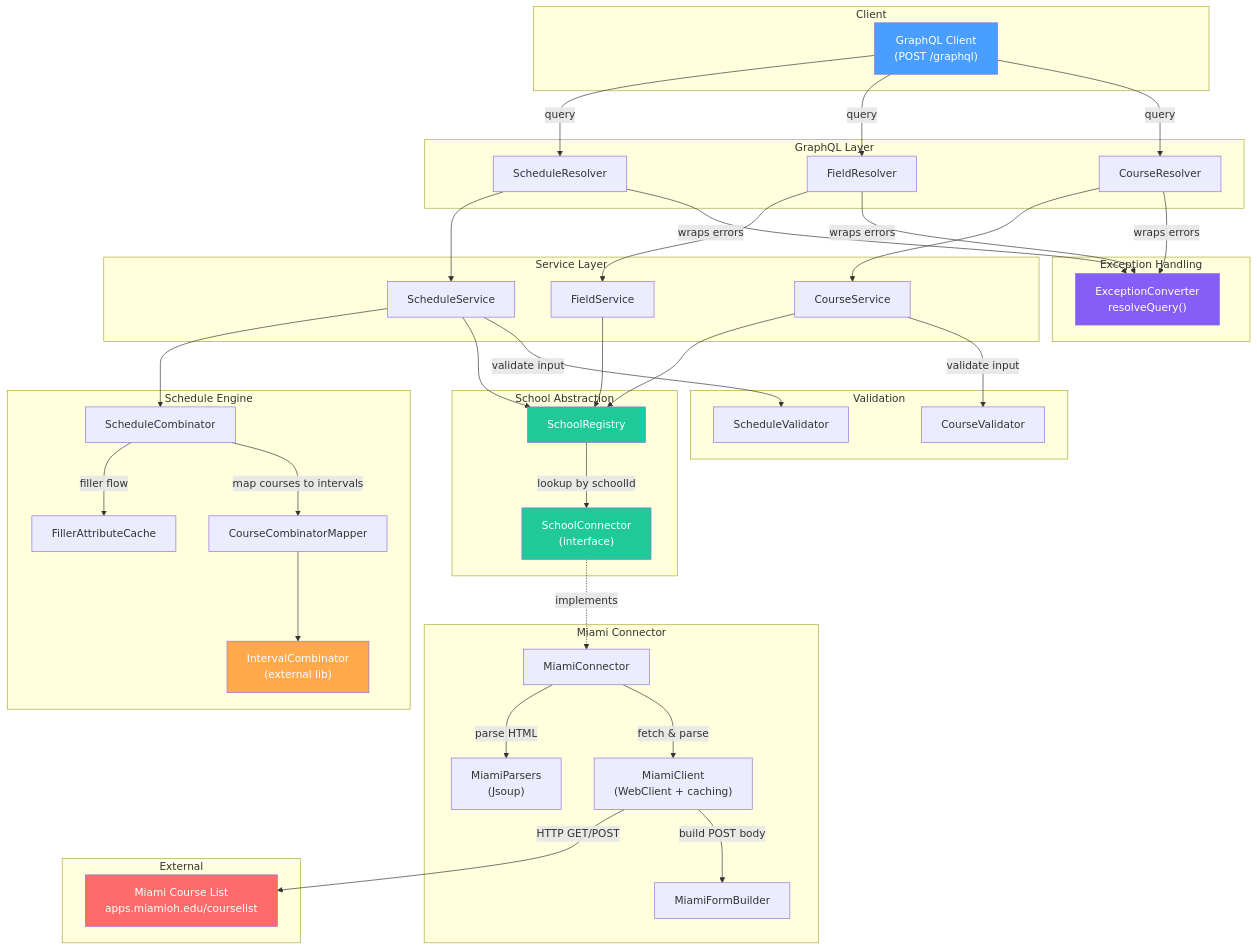
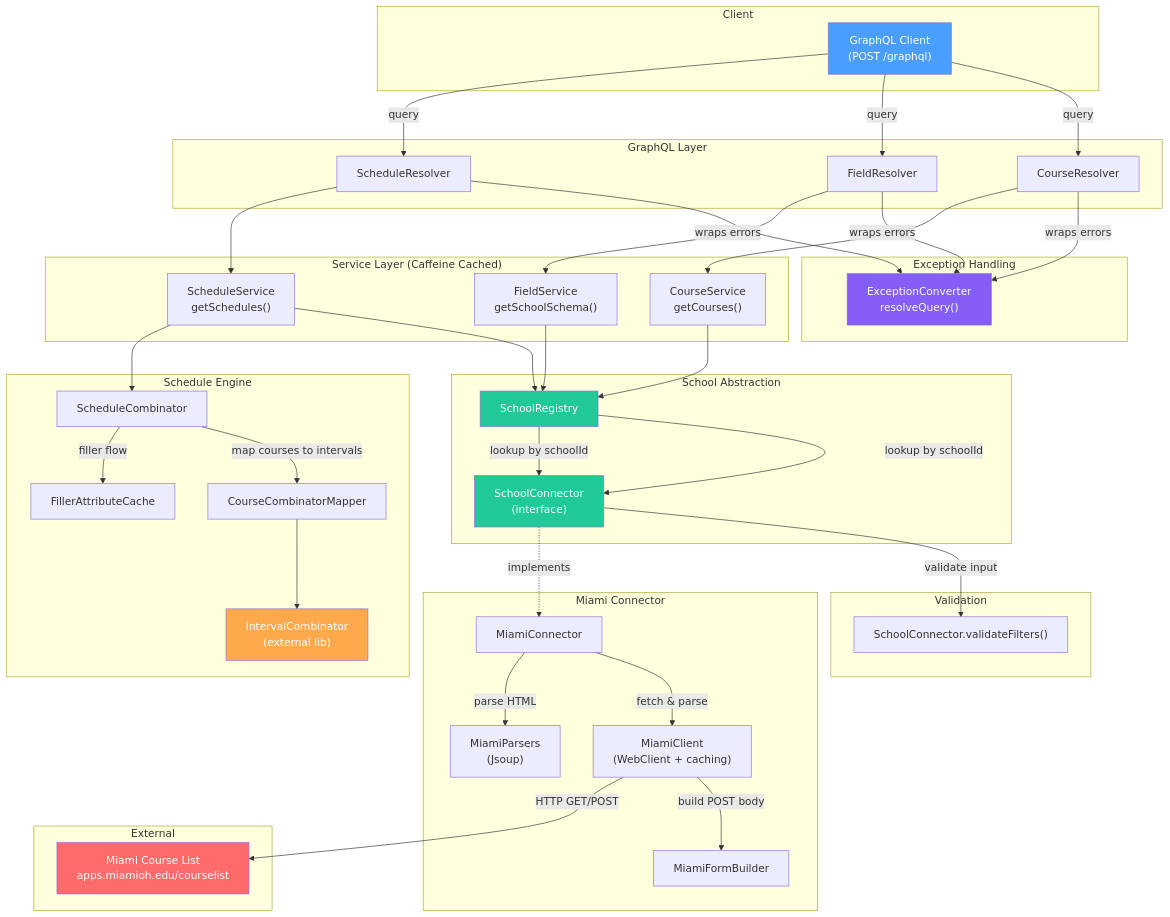
The first of 4 diagrams in README.md (tomdh-git/Miami-CourseAPI), drawn with Mermaid before and after one commit. The commit also changed other lines of this file and 52 other files, not shown here.

```diff
--- a/README.md
+++ b/README.md
@@ -22,15 +22,14 @@
         EC["ExceptionConverter<br/>resolveQuery()"]
     end
 
-    subgraph "Service Layer"
-        CS["CourseService"]
-        FS["FieldService"]
-        SS["ScheduleService"]
+    subgraph "Service Layer (Caffeine Cached)"
+        CS["CourseService<br/>getCourses()"]
+        FS["FieldService<br/>getSchoolSchema()"]
+        SS["ScheduleService<br/>getSchedules()"]
     end
 
     subgraph "Validation"
-        CV["CourseValidator"]
-        SV["ScheduleValidator"]
+        CV["SchoolConnector.validateFilters()"]
     end
 
     subgraph "Schedule Engine"
@@ -66,12 +65,12 @@
     FR --> FS
     SR --> SS
 
-    CS -->|validate input| CV
-    SS -->|validate input| SV
-
     CS --> REG
     FS --> REG
     SS --> REG
+    
+    REG -->|lookup by schoolId| CONN
+    CONN -->|validate input| CV
 
     SS --> SC
 
```
